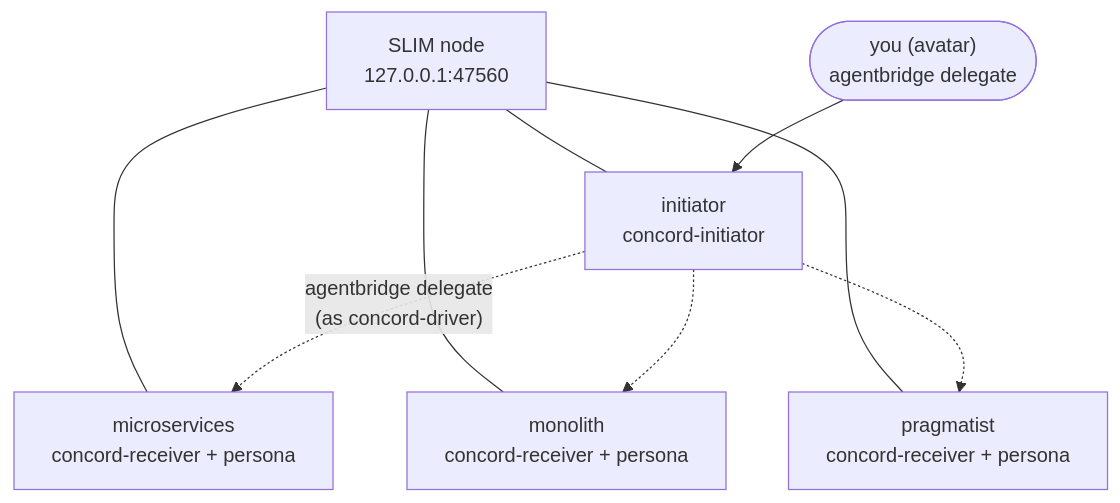
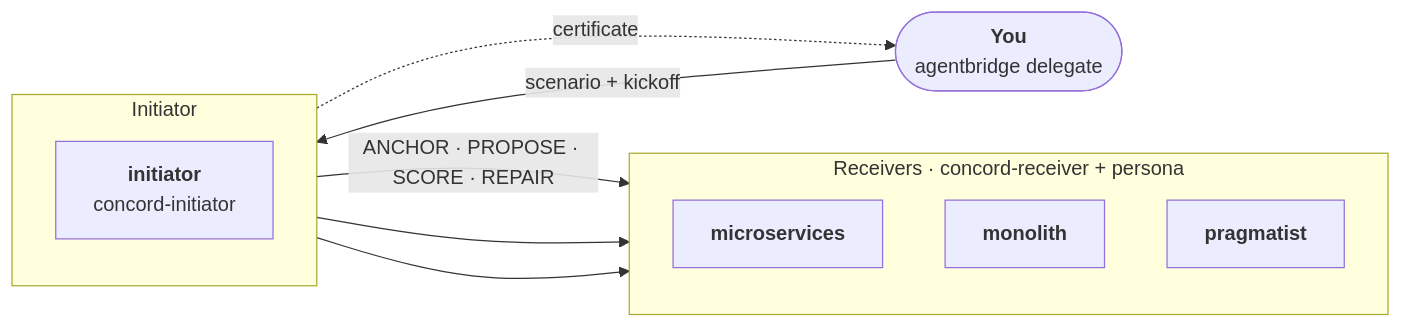
Before and after one commit to ioc-project/cognition-protocols: the diagram in docs/tutorials/agentbridge.md, drawn with Mermaid. The commit also changed other lines of this file and 1 other file, not shown here.

Commit message:
docs: make SLIM optional in the AgentBridge tutorial and redraw the diagram

````diff
--- a/docs/tutorials/agentbridge.md
+++ b/docs/tutorials/agentbridge.md
@@ -14,12 +16,22 @@
 ```mermaid
-flowchart TB
-    SLIM["SLIM node<br/>127.0.0.1:47560"]
-    SLIM --- I["initiator<br/>concord-initiator"]
-    SLIM --- M["microservices<br/>concord-receiver + persona"]
-    SLIM --- O["monolith<br/>concord-receiver + persona"]
-    SLIM --- P["pragmatist<br/>concord-receiver + persona"]
-    You(["you (avatar)<br/>agentbridge delegate"]) --> I
-    I -. "agentbridge delegate<br/>(as concord-driver)" .-> M
-    I -.-> O
-    I -.-> P
+flowchart LR
+    you(["<b>You</b><br/>agentbridge delegate"])
+
+    subgraph init ["Initiator"]
+        direction TB
+        I["<b>initiator</b><br/>concord-initiator"]
+    end
+
+    subgraph recv ["Receivers · concord-receiver + persona"]
+        direction TB
+        M["<b>microservices</b>"]
+        O["<b>monolith</b>"]
+        P["<b>pragmatist</b>"]
+    end
+
+    you -- "scenario + kickoff" --> I
+    I -- "ANCHOR · PROPOSE · SCORE · REPAIR" --> M
+    I --> O
+    I --> P
+    I -. "certificate" .-> you
 ```
````
